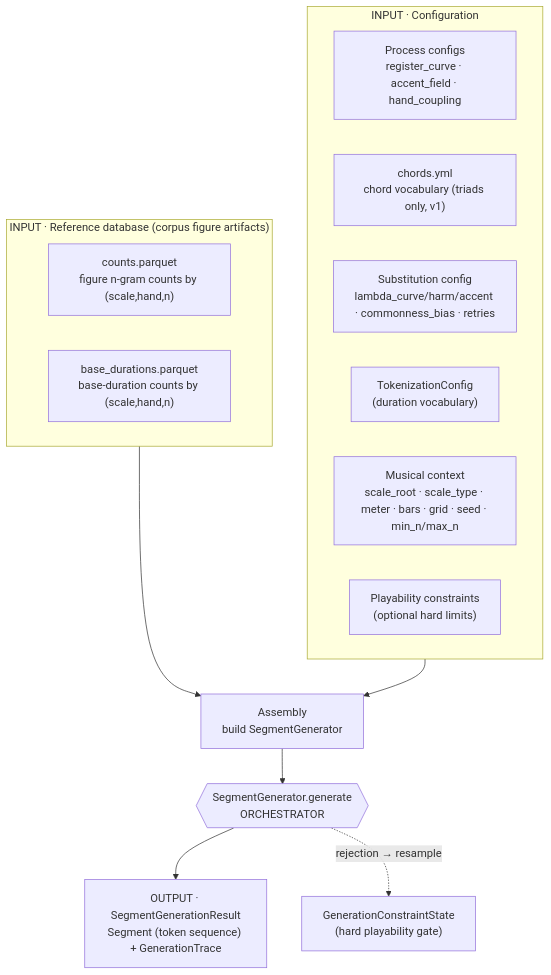
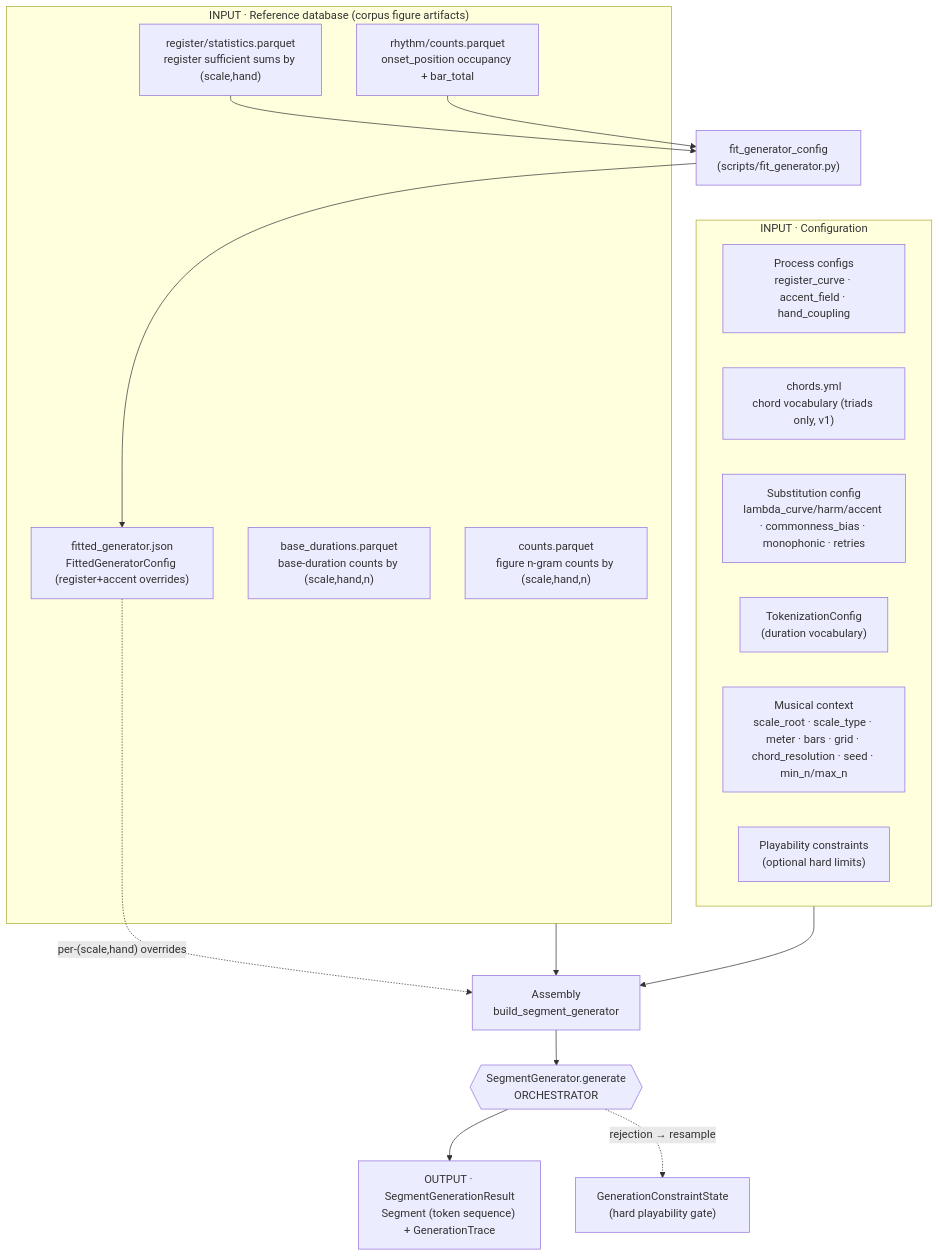
Before and after one commit to JakimPL/Musak: the first of 7 diagrams in docs/generator-model.md, drawn with Mermaid. The commit also changed other lines of this file and 6 other files, not shown here.

````diff
--- a/docs/generator-model.md
+++ b/docs/generator-model.md
@@ -32,23 +38,31 @@
 ```mermaid
 flowchart TB
   subgraph DB["INPUT · Reference database (corpus figure artifacts)"]
     counts["counts.parquet<br/>figure n-gram counts by (scale,hand,n)"]
     bdur["base_durations.parquet<br/>base-duration counts by (scale,hand,n)"]
+    rstat["register/statistics.parquet<br/>register sufficient sums by (scale,hand)"]
+    occ["rhythm/counts.parquet<br/>onset_position occupancy + bar_total"]
+    fitted["fitted_generator.json<br/>FittedGeneratorConfig (register+accent overrides)"]
   end
 
   subgraph CFG["INPUT · Configuration"]
     proc["Process configs<br/>register_curve · accent_field · hand_coupling"]
     chordCfg["chords.yml<br/>chord vocabulary (triads only, v1)"]
-    subCfg["Substitution config<br/>lambda_curve/harm/accent · commonness_bias · retries"]
+    subCfg["Substitution config<br/>lambda_curve/harm/accent · commonness_bias · monophonic · retries"]
     tok["TokenizationConfig<br/>(duration vocabulary)"]
-    ctx["Musical context<br/>scale_root · scale_type · meter · bars · grid · seed · min_n/max_n"]
+    ctx["Musical context<br/>scale_root · scale_type · meter · bars · grid · chord_resolution · seed · min_n/max_n"]
     cons["Playability constraints<br/>(optional hard limits)"]
   end
 
-  DB --> ASM["Assembly<br/>build SegmentGenerator"]
+  rstat --> FIT["fit_generator_config<br/>(scripts/fit_generator.py)"]
+  occ --> FIT
+  FIT --> fitted
+
+  DB --> ASM["Assembly<br/>build_segment_generator"]
   CFG --> ASM
+  fitted -.->|"per-(scale,hand) overrides"| ASM
   ASM --> GEN{{"SegmentGenerator.generate<br/>ORCHESTRATOR"}}
   GEN --> OUT["OUTPUT · SegmentGenerationResult<br/>Segment (token sequence) + GenerationTrace"]
 
   GEN -.->|"rejection → resample"| GATE["GenerationConstraintState<br/>(hard playability gate)"]
 ```
````
